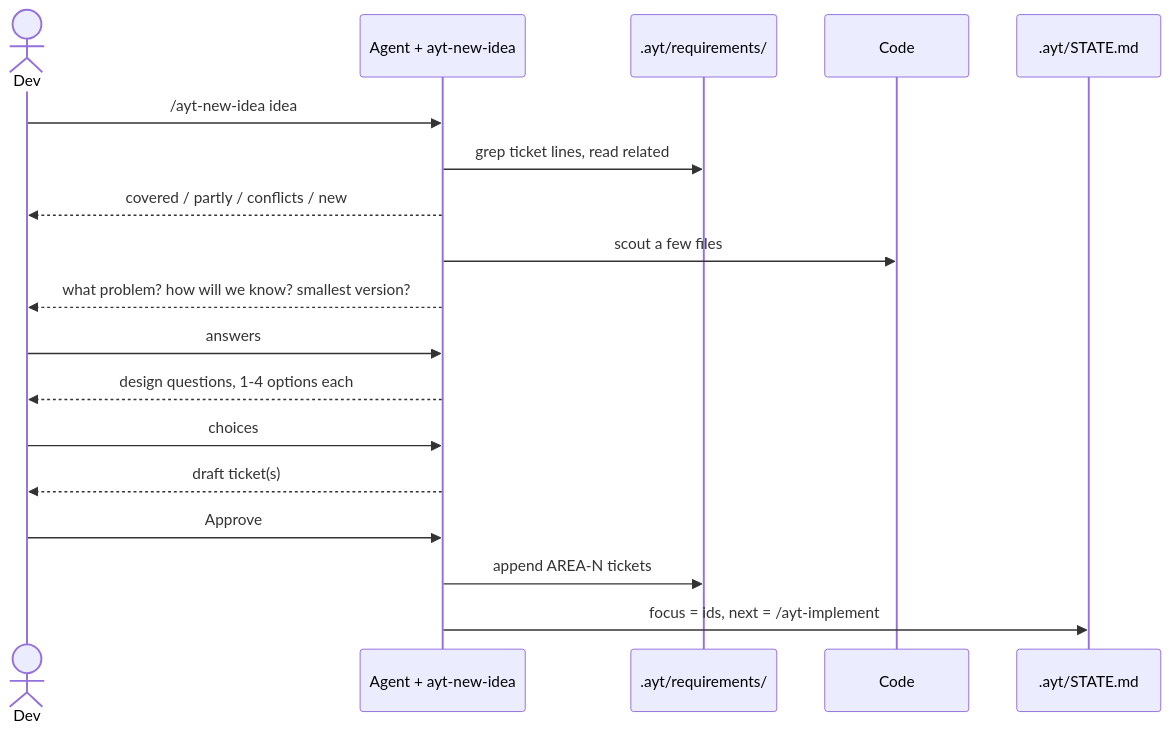
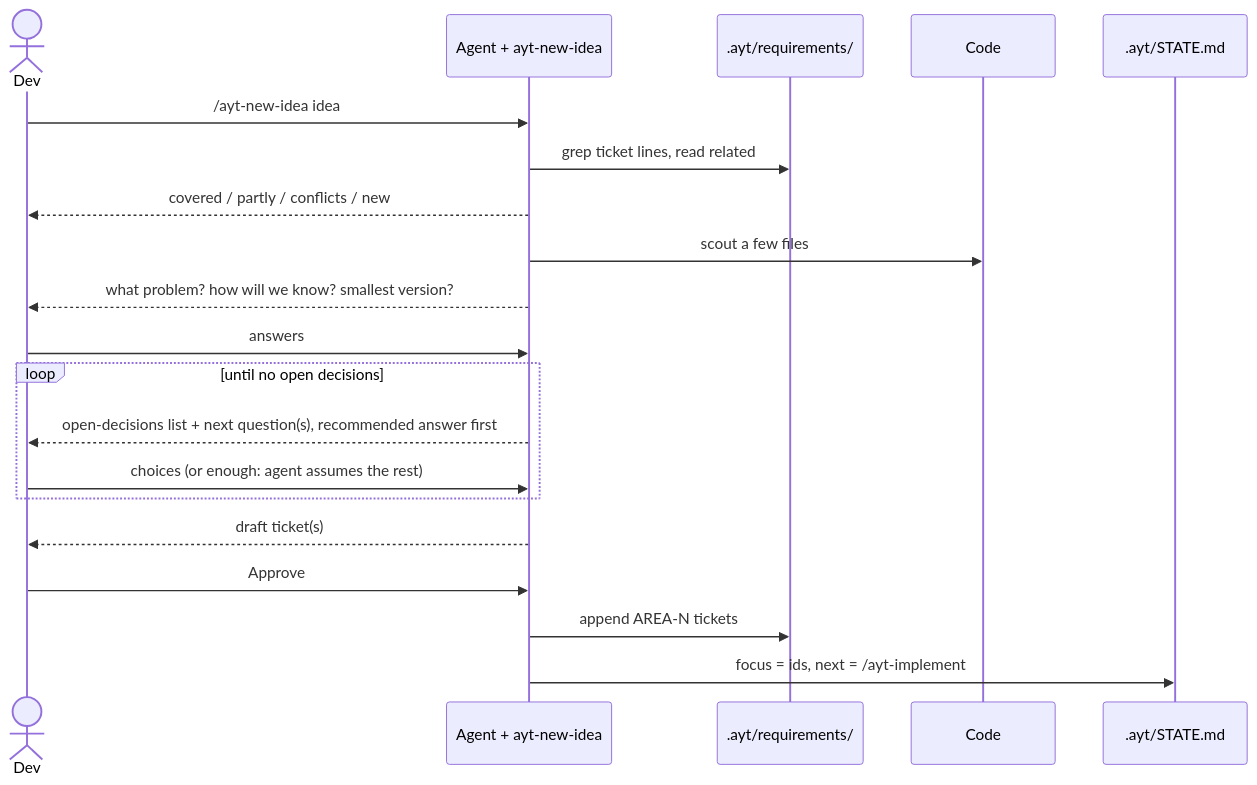
One commit to mrJTY/ayt changed the fourth of 16 diagrams in docs/flows.md. Above: the diagram before and after it, drawn with Mermaid. The commit also changed other lines of this file and 10 other files, not shown here.

First line of the commit message:
Add /ayt-dyb and sharpen /ayt-new-idea design questions (#1)

````diff
--- a/docs/flows.md
+++ b/docs/flows.md
@@ -60,20 +63,22 @@
 ```mermaid
 sequenceDiagram
   actor Dev
   participant A as Agent + ayt-new-idea
   participant R as .ayt/requirements/
   participant C as Code
   participant S as .ayt/STATE.md
   Dev->>A: /ayt-new-idea idea
   A->>R: grep ticket lines, read related
   A-->>Dev: covered / partly / conflicts / new
   A->>C: scout a few files
   A-->>Dev: what problem? how will we know? smallest version?
   Dev->>A: answers
-  A-->>Dev: design questions, 1-4 options each
-  Dev->>A: choices
+  loop until no open decisions
+    A-->>Dev: open-decisions list + next question(s), recommended answer first
+    Dev->>A: choices (or enough: agent assumes the rest)
+  end
   A-->>Dev: draft ticket(s)
   Dev->>A: Approve
   A->>R: append AREA-N tickets
   A->>S: focus = ids, next = /ayt-implement
 ```
````
